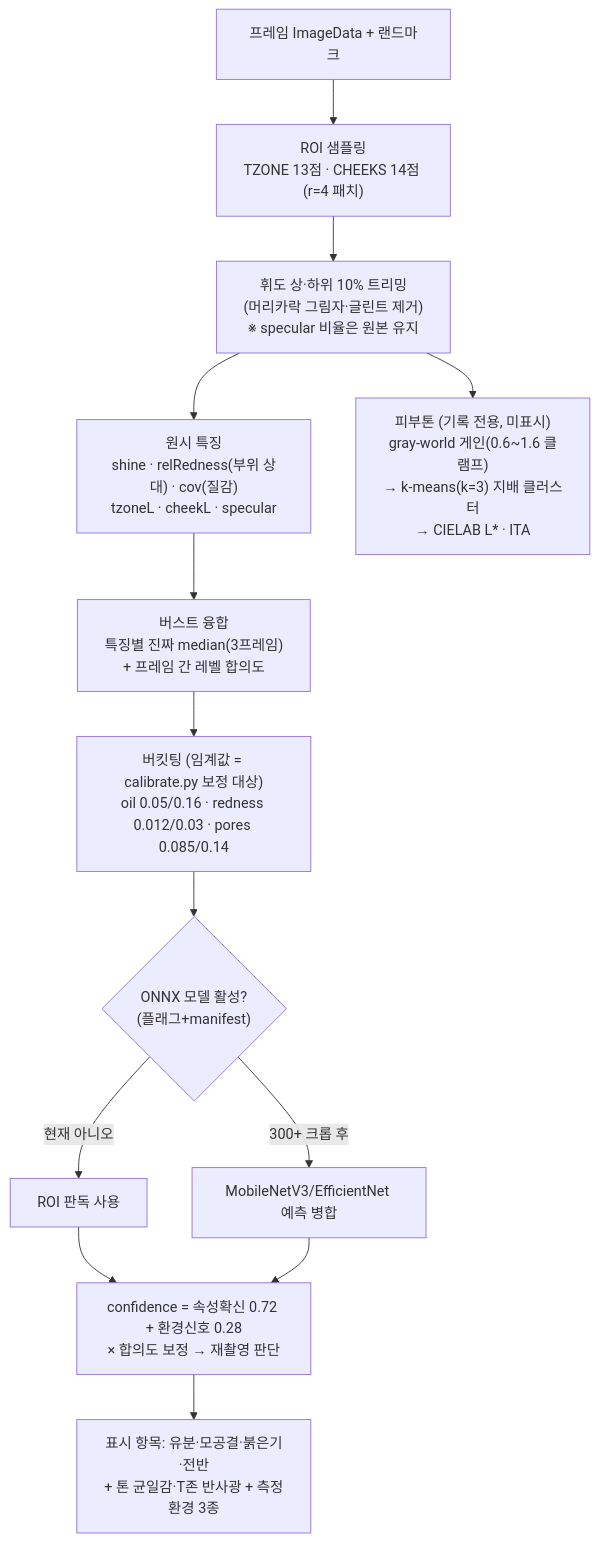
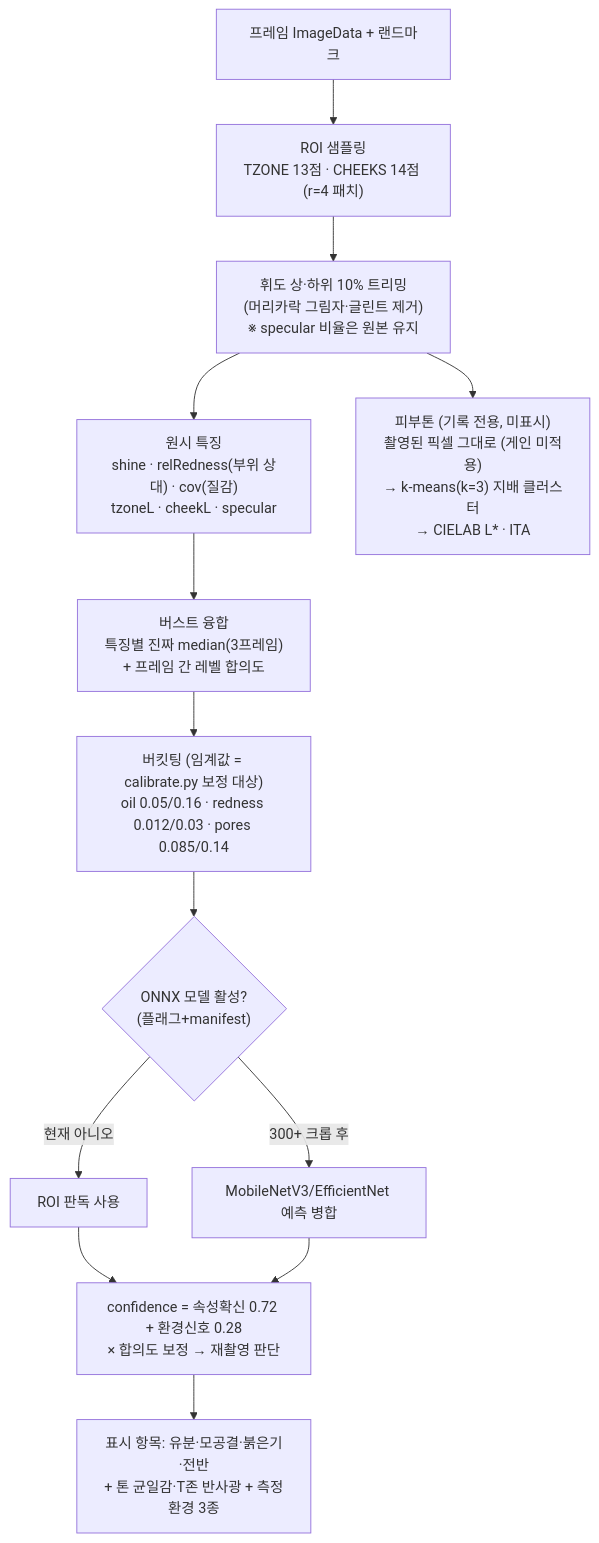
The third of 5 diagrams in docs/architecture.md (seonkistall/aru), drawn with Mermaid before and after one commit. The commit also changed other lines of this file and 24 other files, not shown here.

````diff
--- a/docs/architecture.md
+++ b/docs/architecture.md
@@ -79,14 +79,14 @@
 ```mermaid
 flowchart TD
     A[프레임 ImageData + 랜드마크] --> B["ROI 샘플링<br/>TZONE 13점 · CHEEKS 14점 (r=4 패치)"]
     B --> C["휘도 상·하위 10% 트리밍<br/>(머리카락 그림자·글린트 제거)<br/>※ specular 비율은 원본 유지"]
     C --> D["원시 특징<br/>shine · relRedness(부위 상대) · cov(질감)<br/>tzoneL · cheekL · specular"]
-    C --> E["피부톤 (기록 전용, 미표시)<br/>gray-world 게인(0.6~1.6 클램프)<br/>→ k-means(k=3) 지배 클러스터<br/>→ CIELAB L* · ITA"]
+    C --> E["피부톤 (기록 전용, 미표시)<br/>촬영된 픽셀 그대로 (게인 미적용)<br/>→ k-means(k=3) 지배 클러스터<br/>→ CIELAB L* · ITA"]
     D --> F["버스트 융합<br/>특징별 진짜 median(3프레임)<br/>+ 프레임 간 레벨 합의도"]
     F --> G["버킷팅 (임계값 = calibrate.py 보정 대상)<br/>oil 0.05/0.16 · redness 0.012/0.03 · pores 0.085/0.14"]
     G --> H{"ONNX 모델 활성?<br/>(플래그+manifest)"}
     H -->|현재 아니오| I[ROI 판독 사용]
     H -->|300+ 크롭 후| J[MobileNetV3/EfficientNet 예측 병합]
     I & J --> K["confidence = 속성확신 0.72 + 환경신호 0.28<br/>× 합의도 보정 → 재촬영 판단"]
     K --> L["표시 항목: 유분·모공결·붉은기·전반<br/>+ 톤 균일감·T존 반사광 + 측정환경 3종"]
 ```
````
